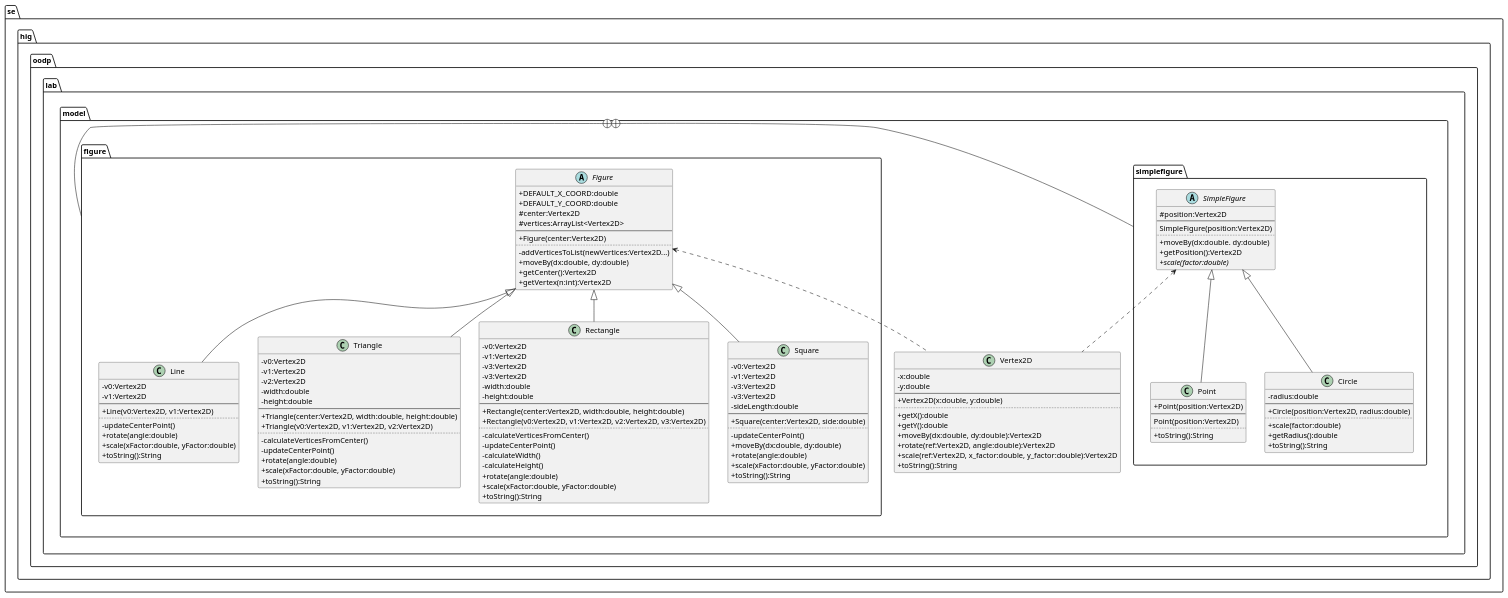
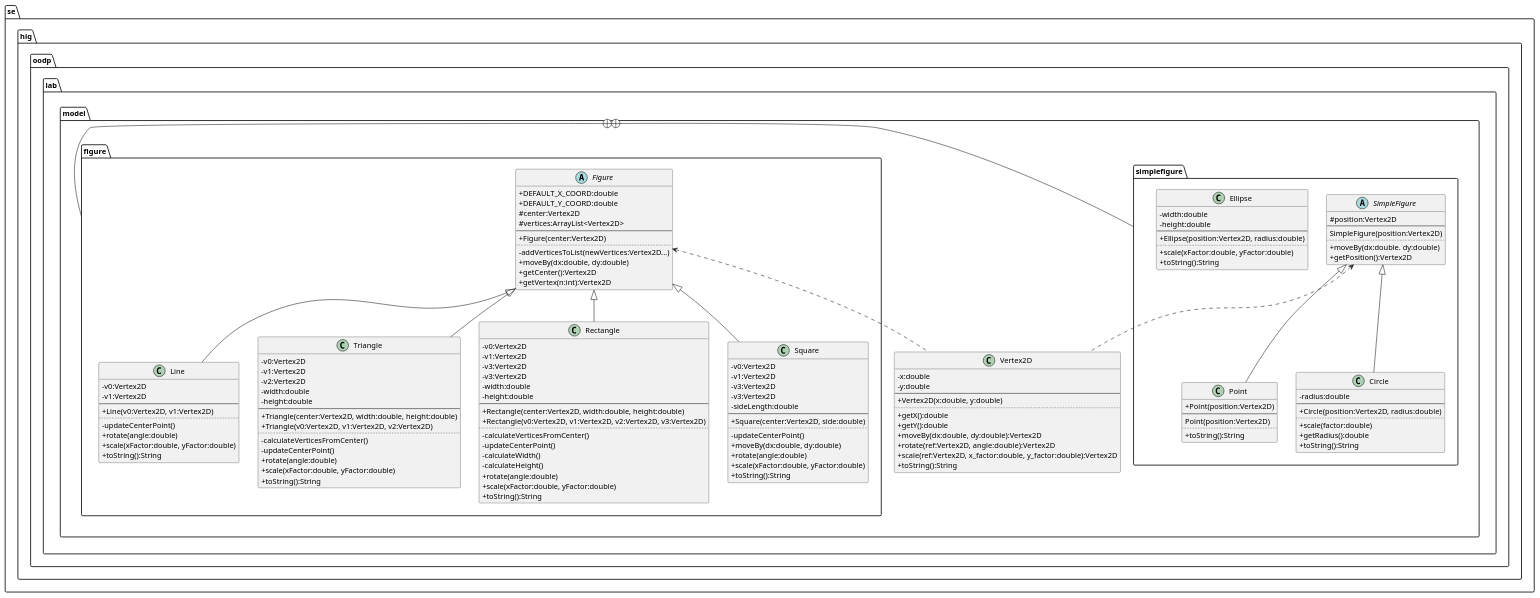
Before and after one commit to jonasjberg/DVG303_lab2: the diagram in diagram/uppgift2.puml, drawn with PlantUML. The commit also changed 9 other files, not shown here.

```diff
--- a/diagram/uppgift2.puml
+++ b/diagram/uppgift2.puml
@@ -9,170 +9,179 @@
 @startuml
 ' ____________________________________________________________________________
 ' ____ CONFIGURATION OPTIONS __________________________________________________
 ' debug flag creates a 'svek.dot' and 'svek.svg' file in ~/
 !pragma svek_trace on
 
 ' package graphical style
 skinparam packageStyle folder
 
 ' don't use symbols to indicate visibility
 skinparam classAttributeIconsize 0
 
 
 ' ____________________________________________________________________________
 ' ____ CLASS DEFINITIONS ______________________________________________________
 package se.hig.oodp.lab.model {
     class Vertex2D {
         -x:double
         -y:double
         --
         +Vertex2D(x:double, y:double)
         ..
         +getX():double
         +getY():double
         +moveBy(dx:double, dy:double):Vertex2D
         +rotate(ref:Vertex2D, angle:double):Vertex2D
         +scale(ref:Vertex2D, x_factor:double, y_factor:double):Vertex2D
         +toString():String
     }
 }
 
 package se.hig.oodp.lab.model.simplefigure {
     abstract class SimpleFigure {
         #position:Vertex2D
         --
         SimpleFigure(position:Vertex2D)
         ..
         +moveBy(dx:double. dy:double)
         +getPosition():Vertex2D
-        {Abstract}+scale(factor:double)
     }
 
     class Point {
         +Point(position:Vertex2D)
         --
         Point(position:Vertex2D)
         ..
         +toString():String
     }
 
     class Circle {
         -radius:double
         --
         +Circle(position:Vertex2D, radius:double)
         ..
         +scale(factor:double)
         +getRadius():double
+        +toString():String
+    }
+
+    class Ellipse {
+        -width:double
+        -height:double
+        --
+        +Ellipse(position:Vertex2D, radius:double)
+        ..
+        +scale(xFactor:double, yFactor:double)
         +toString():String
     }
 }
 
 package se.hig.oodp.lab.model.figure {
     abstract class Figure {
         +DEFAULT_X_COORD:double
         +DEFAULT_Y_COORD:double
         #center:Vertex2D
         #vertices:ArrayList<Vertex2D>
         --
         +Figure(center:Vertex2D)
         ..
         -addVerticesToList(newVertices:Vertex2D...)
         +moveBy(dx:double, dy:double)
         +getCenter():Vertex2D
         +getVertex(n:int):Vertex2D
     }
 
     class Line {
         -v0:Vertex2D
         -v1:Vertex2D
         --
         +Line(v0:Vertex2D, v1:Vertex2D)
         ..
         -updateCenterPoint()
         +rotate(angle:double)
         +scale(xFactor:double, yFactor:double)
         +toString():String
     }
 
     class Triangle {
         -v0:Vertex2D
         -v1:Vertex2D
         -v2:Vertex2D
         -width:double
         -height:double
         --
         +Triangle(center:Vertex2D, width:double, height:double)
         +Triangle(v0:Vertex2D, v1:Vertex2D, v2:Vertex2D)
         ..
         -calculateVerticesFromCenter()
         -updateCenterPoint()
         +rotate(angle:double)
         +scale(xFactor:double, yFactor:double)
         +toString():String
     }
 
     class Rectangle {
         -v0:Vertex2D
         -v1:Vertex2D
         -v3:Vertex2D
         -v3:Vertex2D
         -width:double
         -height:double
         --
         +Rectangle(center:Vertex2D, width:double, height:double)
         +Rectangle(v0:Vertex2D, v1:Vertex2D, v2:Vertex2D, v3:Vertex2D)
         ..
         -calculateVerticesFromCenter()
         -updateCenterPoint()
         -calculateWidth()
         -calculateHeight()
         +rotate(angle:double)
         +scale(xFactor:double, yFactor:double)
         +toString():String
     }
 
     class Square {
         -v0:Vertex2D
         -v1:Vertex2D
         -v3:Vertex2D
         -v3:Vertex2D
         -sideLength:double
         --
         +Square(center:Vertex2D, side:double)
         ..
         -updateCenterPoint()
         +moveBy(dx:double, dy:double)
         +rotate(angle:double)
         +scale(xFactor:double, yFactor:double)
         +toString():String
     }
 }
 
 
 ' ____________________________________________________________________________
 ' ____ PACKAGE HIERARCHY _____________________________________________________
 se.hig.oodp.lab.model +-- se.hig.oodp.lab.model.figure
 se.hig.oodp.lab.model +-- se.hig.oodp.lab.model.simplefigure
 
 
 ' ____________________________________________________________________________
 ' ____ RELATIONS BETWEEN CLASSES _____________________________________________
 ' <|--      extension
 ' *--       composition
 ' o--       aggregation
 
 Figure <.. Vertex2D
 SimpleFigure <.. Vertex2D
 
 SimpleFigure <|-- Point
 SimpleFigure <|-- Circle
 
 Figure <|-- Line
 Figure <|-- Triangle
 Figure <|-- Rectangle
 Figure <|-- Square
 
 
 
 
 @enduml
```
